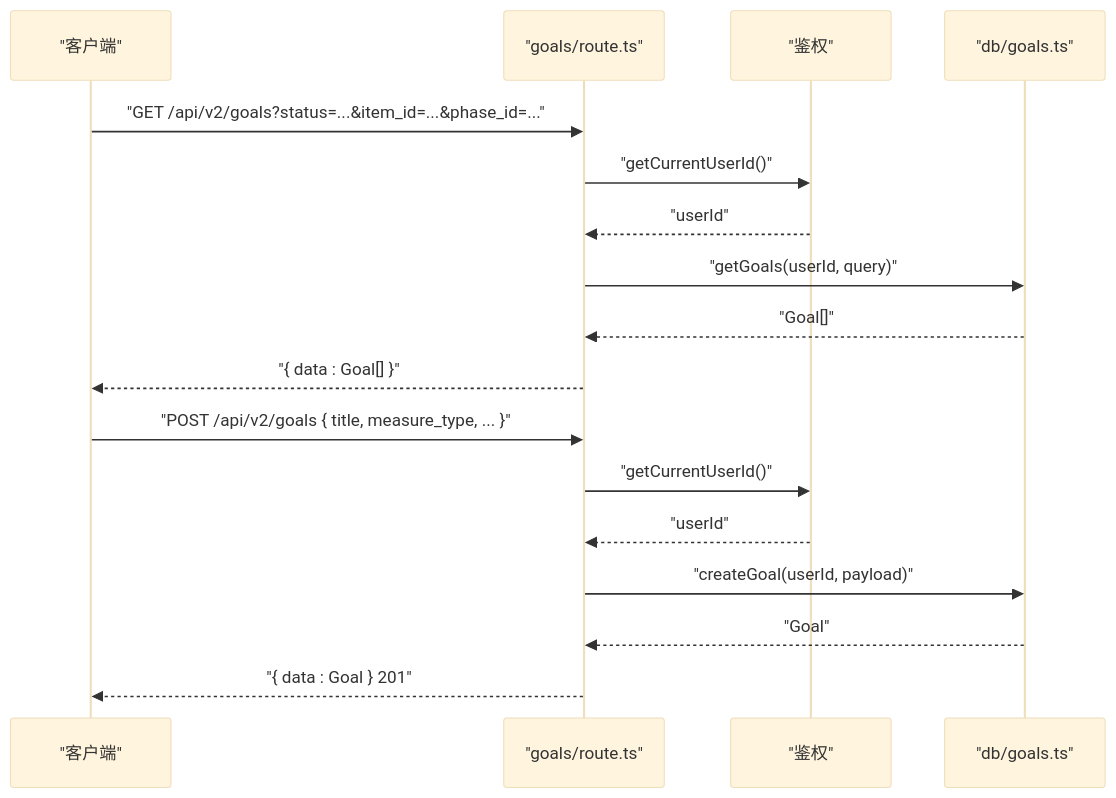
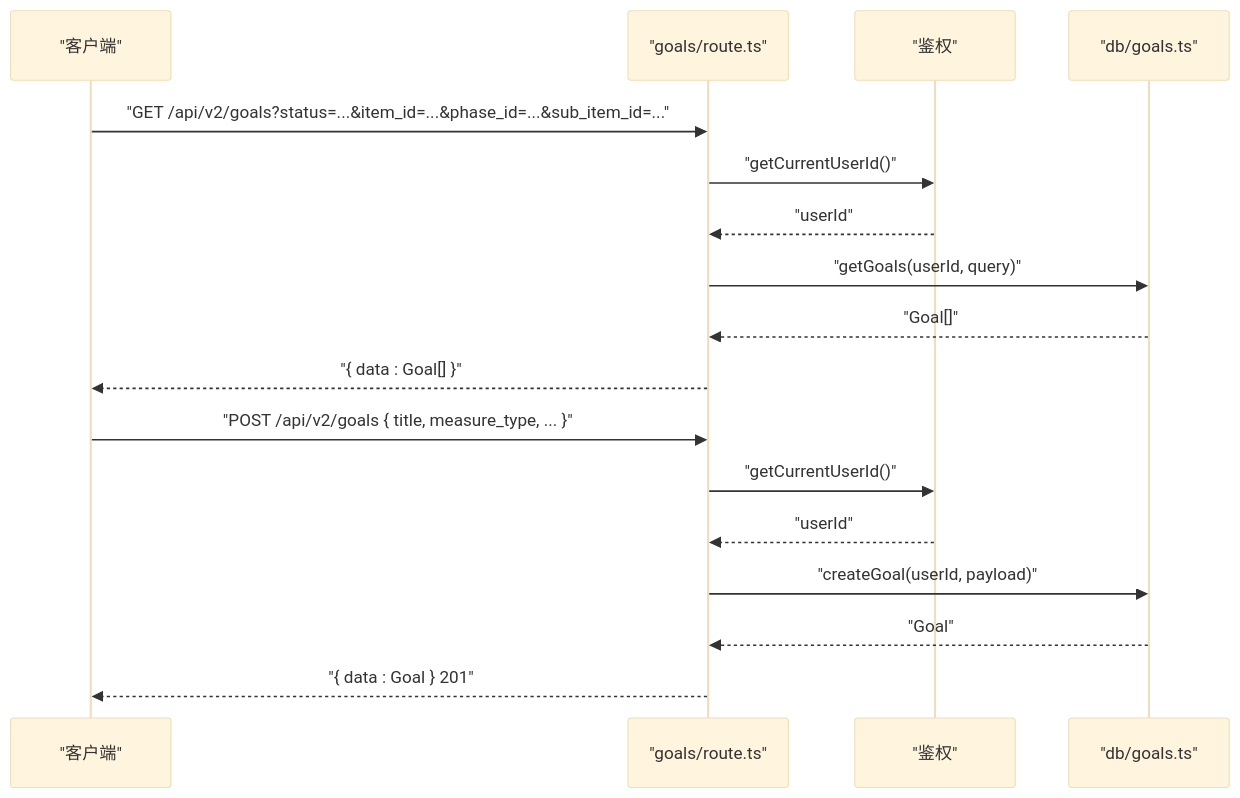
Before and after one commit to bbong1234/TETO: the fourth of 9 diagrams in .qoder/repowiki/zh/content/API接口文档/项目API.md, drawn with Mermaid (base theme). The commit also changed other lines of this file and 10 other files, not shown here.

````diff
--- a/.qoder/repowiki/zh/content/API接口文档/项目API.md
+++ b/.qoder/repowiki/zh/content/API接口文档/项目API.md
@@ -201,19 +220,19 @@
 ```mermaid
 sequenceDiagram
 participant C as "客户端"
 participant R as "goals/route.ts"
 participant A as "鉴权"
 participant D as "db/goals.ts"
-C->>R : "GET /api/v2/goals?status=...&item_id=...&phase_id=..."
+C->>R : "GET /api/v2/goals?status=...&item_id=...&phase_id=...&sub_item_id=..."
 R->>A : "getCurrentUserId()"
 A-->>R : "userId"
 R->>D : "getGoals(userId, query)"
 D-->>R : "Goal[]"
 R-->>C : "{ data : Goal[] }"
 C->>R : "POST /api/v2/goals { title, measure_type, ... }"
 R->>A : "getCurrentUserId()"
 A-->>R : "userId"
 R->>D : "createGoal(userId, payload)"
 D-->>R : "Goal"
 R-->>C : "{ data : Goal } 201"
 ```
````
